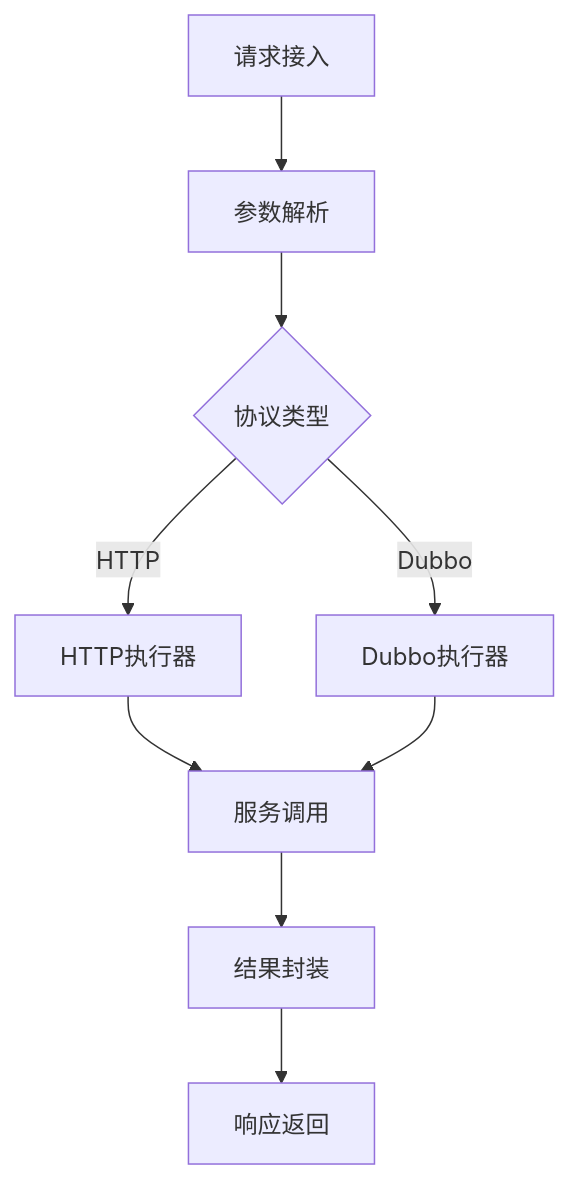
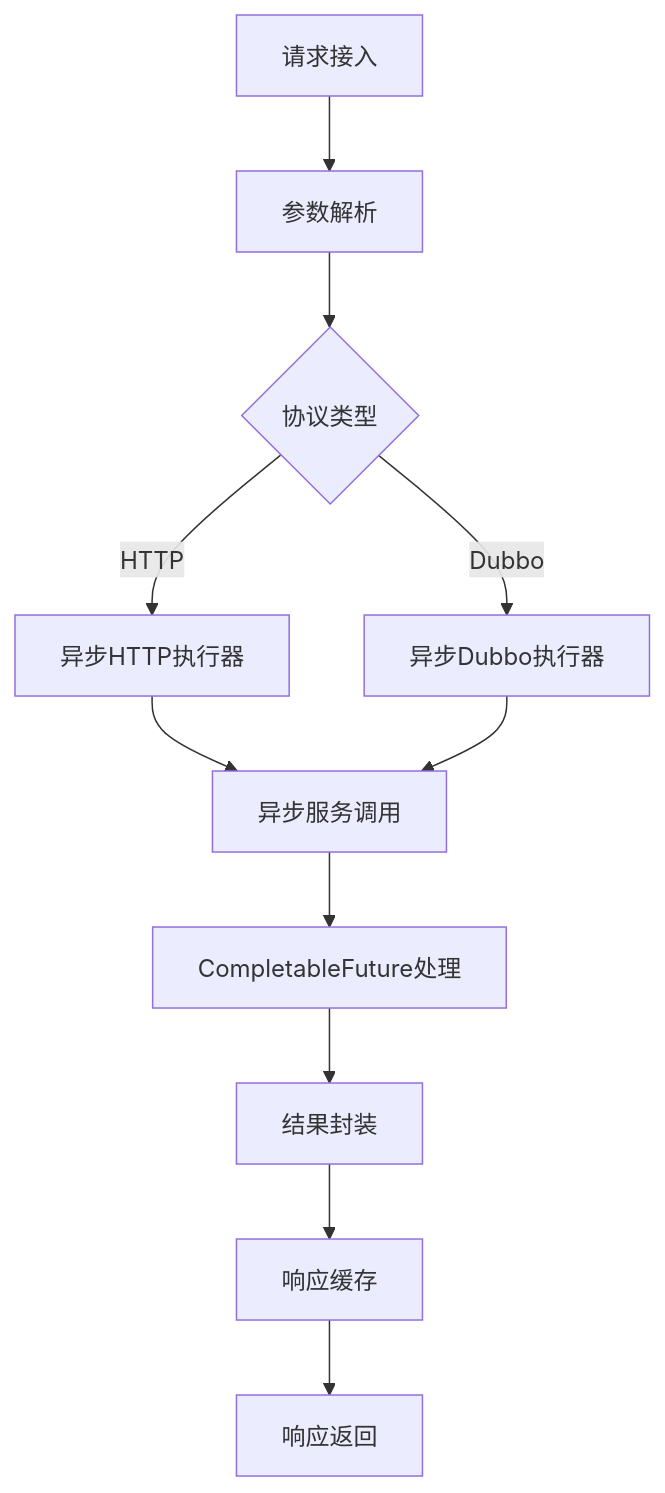
The first of 3 diagrams in docs/项目文档/核心服务/6. 请求调用与结果包装.md (1973034392/api-gateway-codelong), drawn with Mermaid before and after one commit. The commit also changed other lines of this file and 69 other files, not shown here.

````diff
--- a/docs/项目文档/核心服务/6. 请求调用与结果包装.md
+++ b/docs/项目文档/核心服务/6. 请求调用与结果包装.md
@@ -9,11 +9,13 @@
 ```mermaid
 graph TD
     A[请求接入] --> B[参数解析]
     B --> C{协议类型}
-    C -->|HTTP| D[HTTP执行器]
-    C -->|Dubbo| E[Dubbo执行器]
-    D --> F[服务调用]
+    C -->|HTTP| D[异步HTTP执行器]
+    C -->|Dubbo| E[异步Dubbo执行器]
+    D --> F[异步服务调用]
     E --> F
-    F --> G[结果封装]
-    G --> H[响应返回]
+    F --> G[CompletableFuture处理]
+    G --> H[结果封装]
+    H --> I[响应缓存]
+    I --> J[响应返回]
 ```
````
